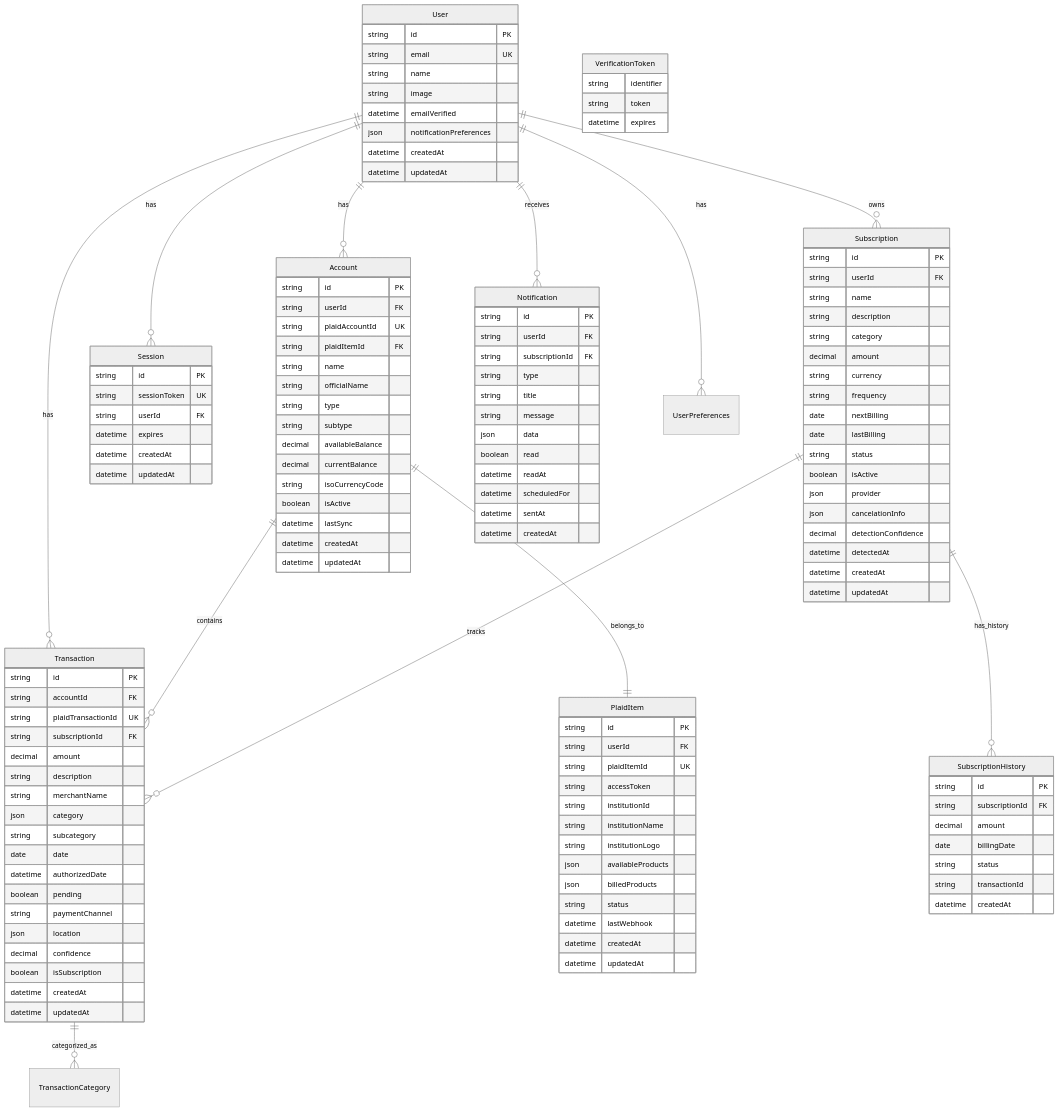
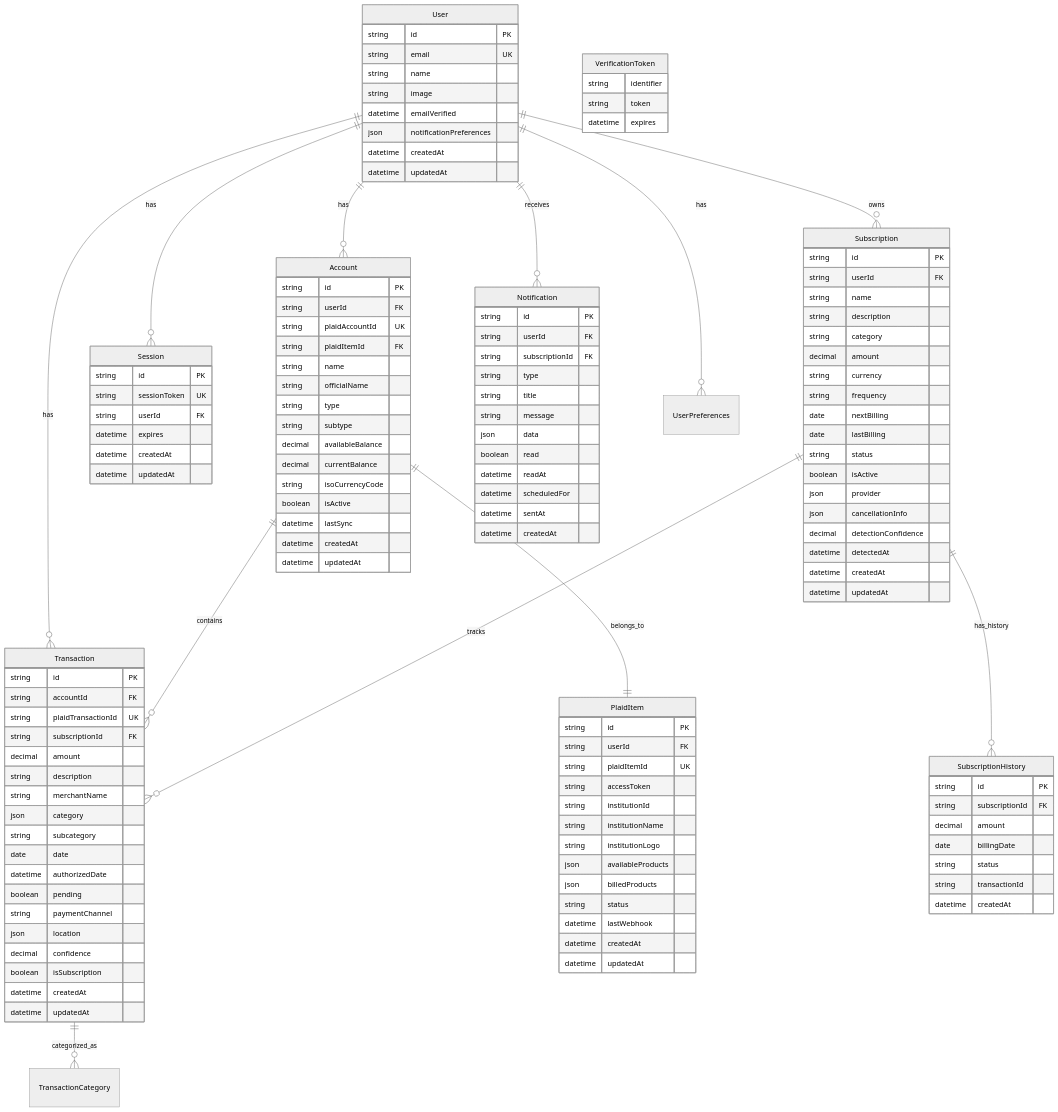
One commit to doublegate/SubPilot-App changed the diagram in docs/DATABASE_DESIGN.md. Above: the diagram before and after it, drawn with Mermaid (neutral theme). The commit also changed other lines of this file and 26 other files, not shown here.

```diff
--- a/docs/DATABASE_DESIGN.md
+++ b/docs/DATABASE_DESIGN.md
@@ -14,15 +14,15 @@
     User ||--o{ Transaction : has
     User ||--o{ Notification : receives
     User ||--o{ UserPreferences : has
-    
+
     Account ||--o{ Transaction : contains
     Account ||--|| PlaidItem : belongs_to
-    
+
     Subscription ||--o{ Transaction : tracks
     Subscription ||--o{ SubscriptionHistory : has_history
-    
+
     Transaction ||--o{ TransactionCategory : categorized_as
-    
+
     User {
         string id PK
         string email UK
@@ -33,7 +33,7 @@
         datetime createdAt
         datetime updatedAt
     }
-    
+
     Account {
         string id PK
         string userId FK
@@ -51,7 +51,7 @@
         datetime createdAt
         datetime updatedAt
     }
-    
+
     PlaidItem {
         string id PK
         string userId FK
@@ -67,7 +67,7 @@
         datetime createdAt
         datetime updatedAt
     }
-    
+
     Transaction {
         string id PK
         string accountId FK
@@ -88,7 +88,7 @@
         datetime createdAt
         datetime updatedAt
     }
-    
+
     Subscription {
         string id PK
         string userId FK
@@ -103,13 +103,13 @@
         string status
         boolean isActive
         json provider
-        json cancelationInfo
+        json cancellationInfo
         decimal detectionConfidence
         datetime detectedAt
         datetime createdAt
         datetime updatedAt
     }
-    
+
     SubscriptionHistory {
         string id PK
         string subscriptionId FK
@@ -119,7 +119,7 @@
         string transactionId
         datetime createdAt
     }
-    
+
     Notification {
         string id PK
         string userId FK
@@ -134,7 +134,7 @@
         datetime sentAt
         datetime createdAt
     }
-    
+
     Session {
         string id PK
         string sessionToken UK
@@ -143,7 +143,7 @@
         datetime createdAt
         datetime updatedAt
     }
-    
+
     VerificationToken {
         string identifier
         string token
```
